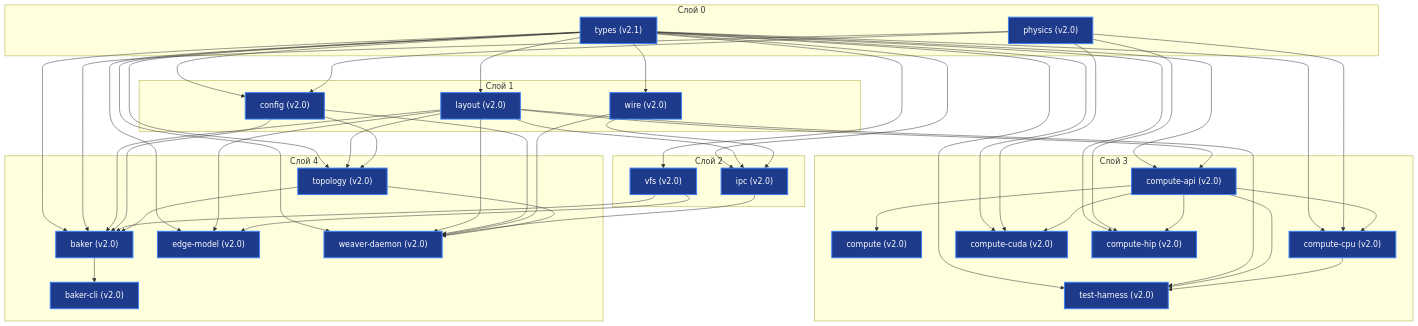
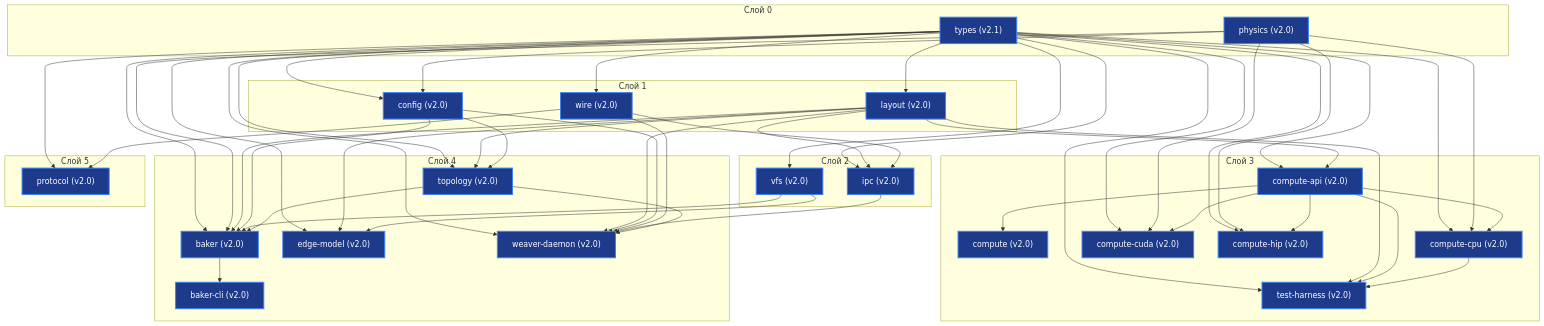
One commit to H4V1K-dev/axicor_enterprise changed the diagram in docs/engine/INDEX.md. Above: the diagram before and after it, drawn with Mermaid. The commit also changed other lines of this file and 1 other file, not shown here.

Commit message:
docs: add engine index and L5 protocol specification documents

````diff
--- a/docs/engine/INDEX.md
+++ b/docs/engine/INDEX.md
@@ -36,6 +36,9 @@
         edge_model["edge-model (v2.0)"]
         weaver_daemon["weaver-daemon (v2.0)"]
     end
+    subgraph L5["Слой 5"]
+        protocol["protocol (v2.0)"]
+    end
 
     types --> layout
     types --> config
@@ -51,6 +54,7 @@
     types --> baker
     types --> edge_model
     types --> weaver_daemon
+    types --> protocol
     physics --> config
     physics --> compute_cpu
     physics --> compute_cuda
@@ -58,6 +62,7 @@
     physics --> baker
     layout --> ipc
     wire --> ipc
+    wire --> protocol
     layout --> compute_api
     layout --> test_harness
     layout --> topology
@@ -82,5 +87,5 @@
     compute_cpu --> test_harness
 
     classDef active fill:#1e3a8a,stroke:#3b82f6,stroke-width:2px,color:#fff;
-    class types,physics,layout,config,wire,ipc,vfs,compute_api,compute,compute_cpu,compute_cuda,compute_hip,test_harness,topology,baker,baker_cli,edge_model,weaver_daemon active;
+    class types,physics,layout,config,wire,ipc,vfs,compute_api,compute,compute_cpu,compute_cuda,compute_hip,test_harness,topology,baker,baker_cli,edge_model,weaver_daemon,protocol active;
 ```
````
